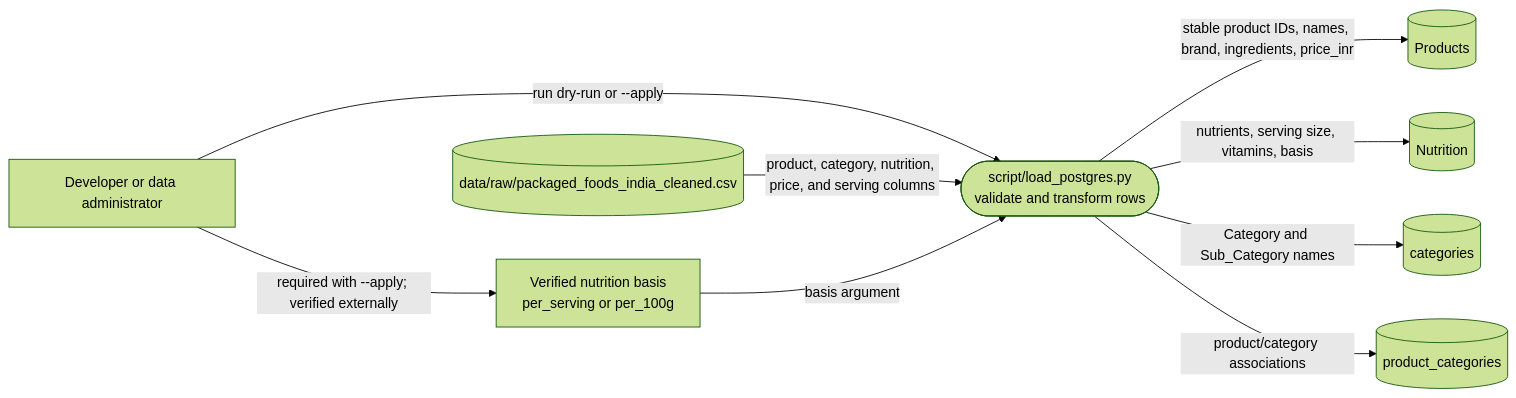
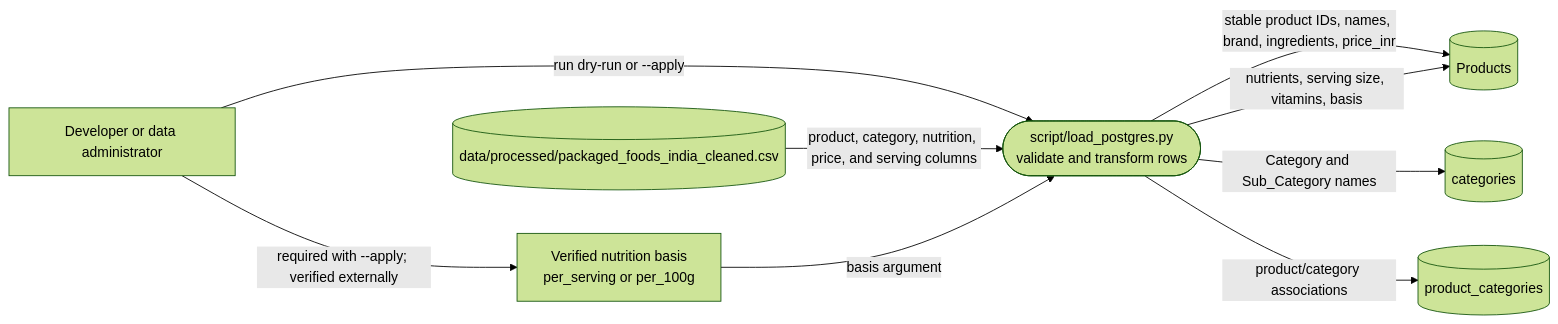
One commit to Nutrascore/nutrascore changed the fourth of 4 diagrams in docs/software-design/dfd-level-2.md. Above: the diagram before and after it, drawn with Mermaid (forest theme). The commit also changed other lines of this file and 55 other files, not shown here.

````diff
--- a/docs/software-design/dfd-level-2.md
+++ b/docs/software-design/dfd-level-2.md
@@ -145,20 +123,19 @@
 ```mermaid
 flowchart LR
     A[Developer or data administrator]
-    CSV[(data/raw/packaged_foods_india_cleaned.csv)]
+    CSV[(data/processed/packaged_foods_india_cleaned.csv)]
     LOAD(["script/load_postgres.py<br/>validate and transform rows"])
     BASIS[Verified nutrition basis<br/>per_serving or per_100g]
     P[(Products)]
-    N[(Nutrition)]
     C[(categories)]
     PC[(product_categories)]
 
     A -->|run dry-run or --apply| LOAD
     CSV -->|product, category, nutrition, price, and serving columns| LOAD
     A -->|required with --apply; verified externally| BASIS
     BASIS -->|basis argument| LOAD
     LOAD -->|stable product IDs, names, brand, ingredients, price_inr| P
-    LOAD -->|nutrients, serving size, vitamins, basis| N
+    LOAD -->|nutrients, serving size, vitamins, basis| P
     LOAD -->|Category and Sub_Category names| C
     LOAD -->|product/category associations| PC
 ```
````
